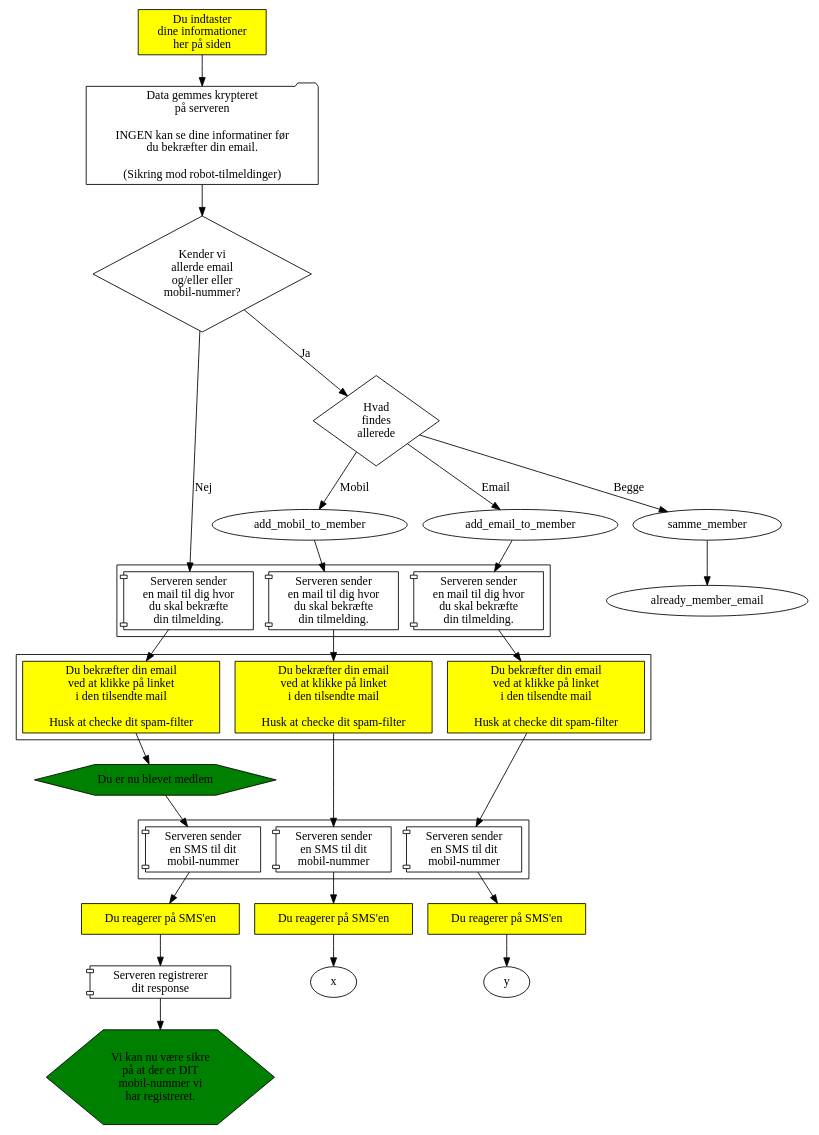
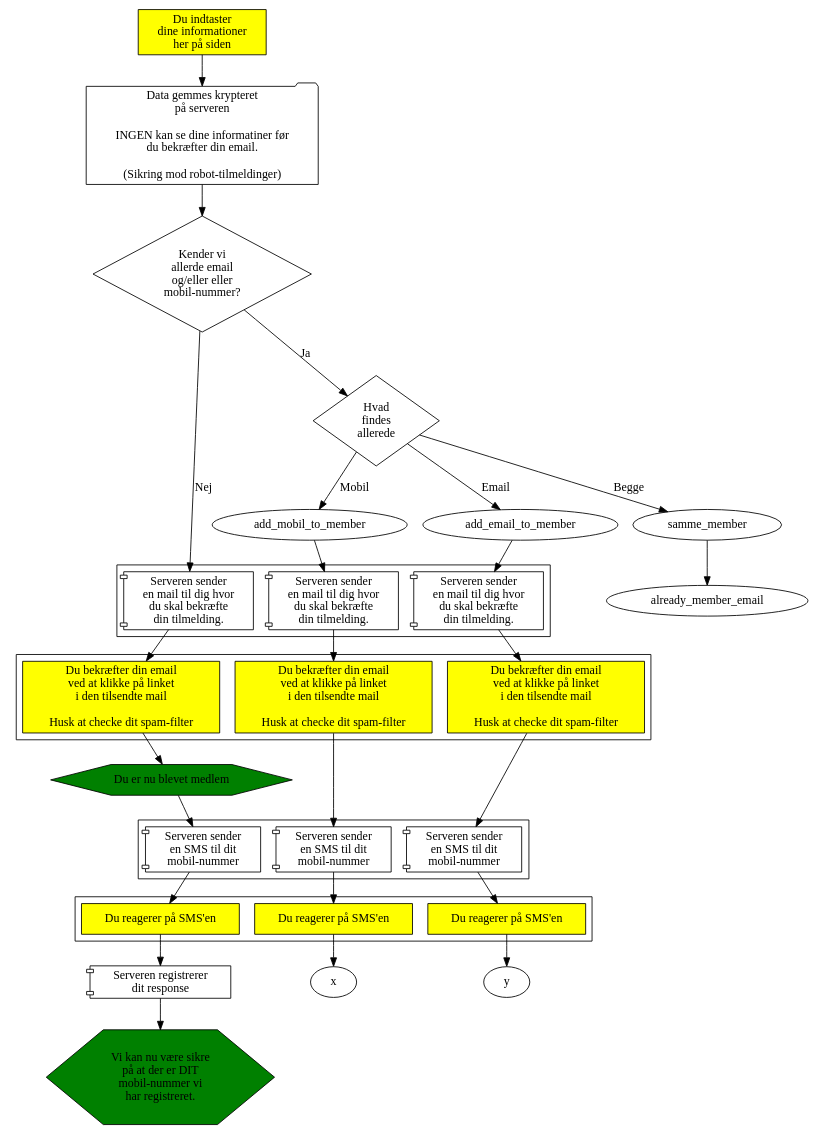
The diagram in medlemskab/indmeldelse.dot (alslug/alslug.dk), drawn with Graphviz before and after one commit.

```diff
--- a/medlemskab/indmeldelse.dot
+++ b/medlemskab/indmeldelse.dot
@@ -1,56 +1,56 @@
 digraph indmeldelse {
   { # Dine handlinger
     node [ shape=box style=filled fillcolor=yellow ];
     indtast                [label="Du indtaster\ndine informationer\nher på siden"];
-    subgraph cluster_confirm_email {
+    subgraph cluster_server_sender_email {
       node          [label="Du bekræfter din email\nved at klikke på linket\ni den tilsendte mail\n\nHusk at checke dit spam-filter"];
       confirm_email_nyt_medlem;
       confirm_email_add_email;
       confirm_email_add_mobil;
     }
-    subgraph confirm_sms {
+    subgraph cluster_server_sender_sms {
       node            [label="Du reagerer på SMS'en"];
       confirm_sms_nyt_medlem;
       confirm_sms_add_email;
       confirm_sms_add_mobil;
     }
   }
   send_tilmelding        [shape=folder label="Data gemmes krypteret\npå serveren\n\nINGEN kan se dine informatiner før\ndu bekræfter din email.\n\n(Sikring mod robot-tilmeldinger)"];
   { # Server-aktiviteter
     node [shape=component];
     subgraph cluster_server_sender_email {
       node [label="Serveren sender\nen mail til dig hvor\ndu skal bekræfte\ndin tilmelding."];
       server_sender_emai_nyt_medlem;
       server_sender_email_add_email;
       server_sender_email_add_mobil;
     }
     subgraph cluster_server_sender_sms {
       node      [label="Serveren sender\nen SMS til dit\nmobil-nummer"];
       server_sender_sms_nyt_medlem;
       server_sender_sms_add_email;
       server_sender_sms_add_mobil;
     }
     sms_confirmed          [label="Serveren registrerer\ndit response"];
   }
   { # Results
     node [shape=hexagon   style=filled fillcolor=green ];
     du_biver_medlem  [label="Du er nu blevet medlem"];
     mobile_ok        [label="Vi kan nu være sikre\npå at der er DIT\nmobil-nummer vi\nhar registreret."]; 
   }
   { # Valg
     node [shape=diamond];
     findes_allerede        [label="Kender vi\nallerde email\nog/eller eller\nmobil-nummer?"];
     hvad_findes_allerede   [label="Hvad\nfindes\nallerede"];
   }
 
   indtast -> send_tilmelding -> findes_allerede;
                                 findes_allerede -> server_sender_emai_nyt_medlem [label="Nej"];
                                                    server_sender_emai_nyt_medlem -> confirm_email_nyt_medlem -> du_biver_medlem -> server_sender_sms_nyt_medlem -> confirm_sms_nyt_medlem -> sms_confirmed -> mobile_ok;
                                 findes_allerede -> hvad_findes_allerede   [label="Ja"];
                                                    hvad_findes_allerede-> samme_member         [label="Begge"];
                                                                           samme_member -> already_member_email;
                                                    hvad_findes_allerede -> add_mobil_to_member [label="Mobil"];
                                                                            add_mobil_to_member -> server_sender_email_add_email  -> confirm_email_add_email -> server_sender_sms_add_email -> confirm_sms_add_email -> x;
                                                    hvad_findes_allerede -> add_email_to_member [label="Email"];
                                                                            add_email_to_member -> server_sender_email_add_mobil  -> confirm_email_add_mobil -> server_sender_sms_add_mobil -> confirm_sms_add_mobil -> y;
 }
```
